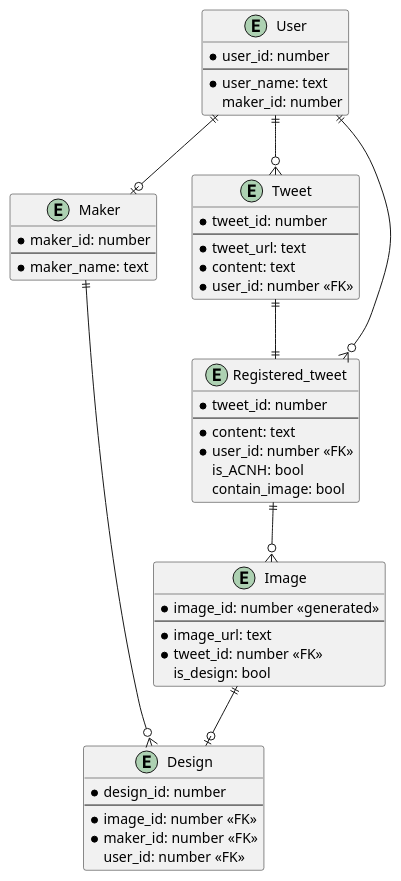
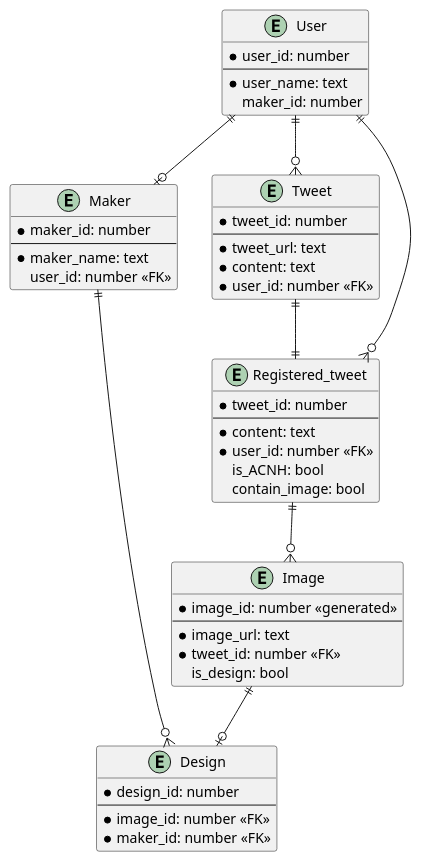
Before and after one commit to aximov/witness-me: the diagram in doc/uml/entity-relationship.puml, drawn with PlantUML. The commit also changed other lines of this file and 2 other files, not shown here.

Commit message:
ER図更新

```diff
--- a/doc/uml/entity-relationship.puml
+++ b/doc/uml/entity-relationship.puml
@@ -1,58 +1,58 @@
 @startuml
 hide empty members
 
 entity User { 
     * user_id: number
     --
     * user_name: text 
     maker_id: number
 }
 
 entity Maker {
     * maker_id: number
     --
     * maker_name: text
+    user_id: number <<FK>>
 }
 
 entity Tweet {
     * tweet_id: number
     --
     * tweet_url: text
     * content: text
     * user_id: number <<FK>>
 }
 
 entity Registered_tweet {
     * tweet_id: number
     --
     * content: text
     * user_id: number <<FK>>
     is_ACNH: bool
     contain_image: bool
 }
 
 entity Image {
     * image_id: number <<generated>>
     --
     * image_url: text
     * tweet_id: number <<FK>>
     is_design: bool
 }
 
 entity Design {
     * design_id: number
     --
     * image_id: number <<FK>>
     * maker_id: number <<FK>>
-    user_id: number <<FK>>
 }
 
 User ||-o| Maker
 Maker ||--o{ Design
 User ||--o{ Tweet
 User ||--o{ Registered_tweet
 Tweet ||--|| Registered_tweet
 Registered_tweet ||--o{ Image
 Image ||--o| Design
 
 @enduml
```
